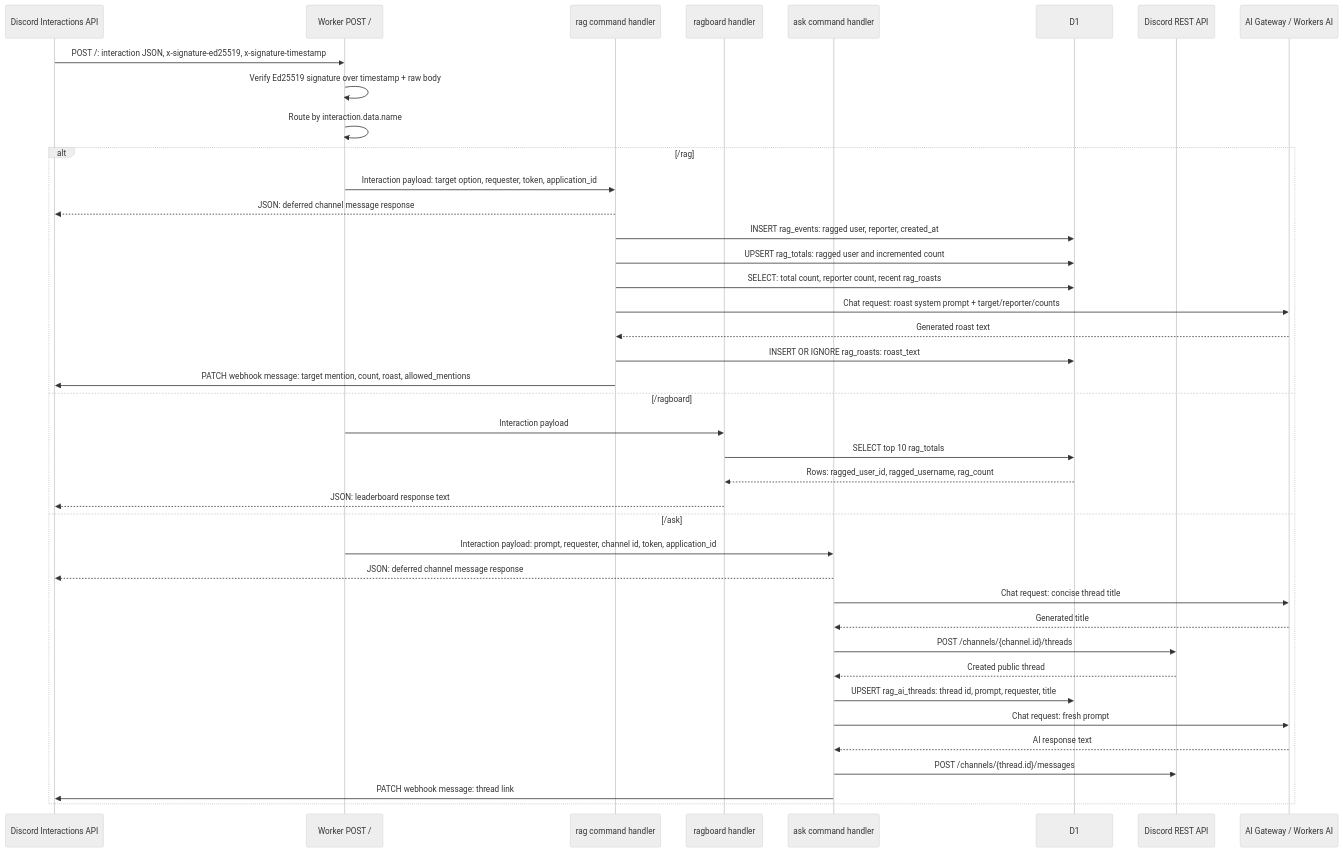
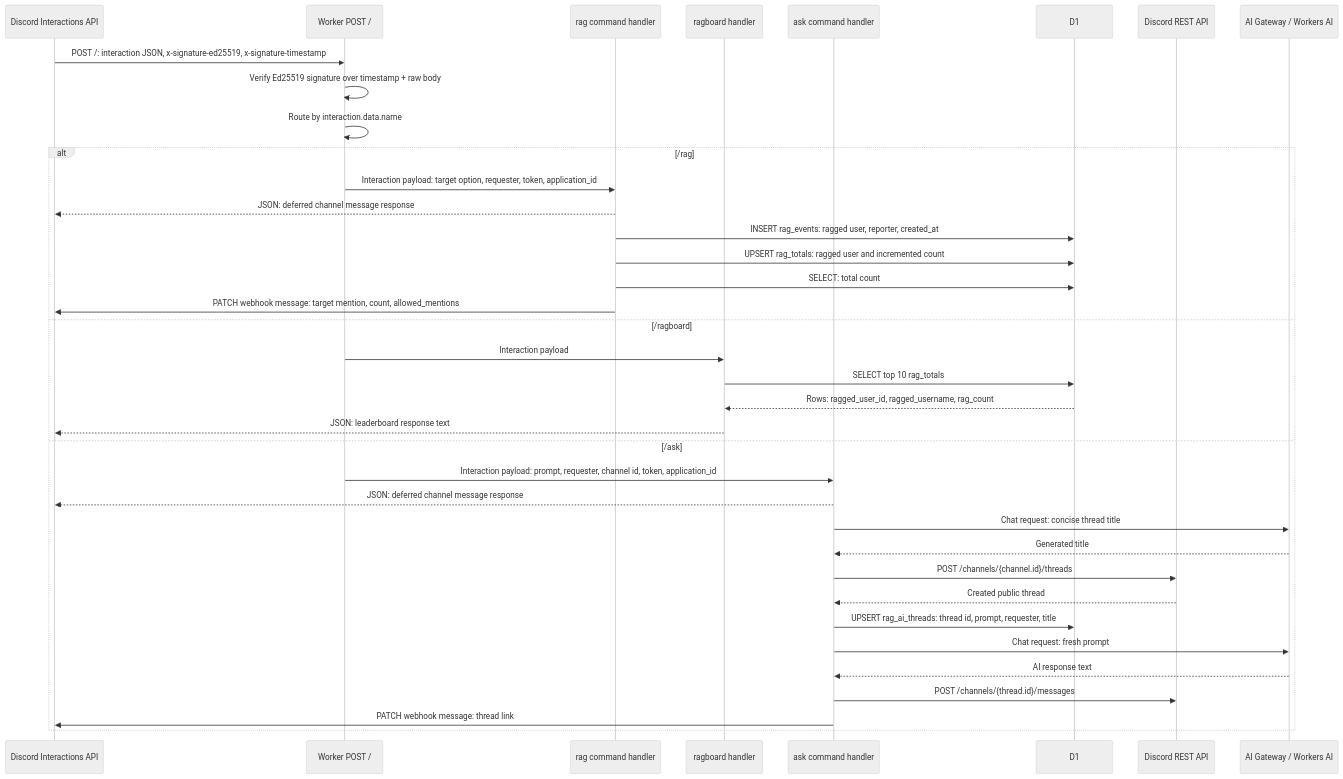
One commit to jackm43/rag changed the second of 3 diagrams in DESIGN.md. Above: the diagram before and after it, drawn with Mermaid (neutral theme). The commit also changed other lines of this file and 10 other files, not shown here.

````diff
--- a/DESIGN.md
+++ b/DESIGN.md
@@ -64,44 +64,41 @@
 ```mermaid
 sequenceDiagram
   participant Discord as Discord Interactions API
   participant Worker as Worker POST /
   participant Rag as rag command handler
   participant Board as ragboard handler
   participant Ask as ask command handler
   participant DB as D1
   participant REST as Discord REST API
   participant AI as AI Gateway / Workers AI
 
   Discord->>Worker: POST /: interaction JSON, x-signature-ed25519, x-signature-timestamp
   Worker->>Worker: Verify Ed25519 signature over timestamp + raw body
   Worker->>Worker: Route by interaction.data.name
 
   alt /rag
     Worker->>Rag: Interaction payload: target option, requester, token, application_id
     Rag-->>Discord: JSON: deferred channel message response
     Rag->>DB: INSERT rag_events: ragged user, reporter, created_at
     Rag->>DB: UPSERT rag_totals: ragged user and incremented count
-    Rag->>DB: SELECT: total count, reporter count, recent rag_roasts
-    Rag->>AI: Chat request: roast system prompt + target/reporter/counts
-    AI-->>Rag: Generated roast text
-    Rag->>DB: INSERT OR IGNORE rag_roasts: roast_text
-    Rag->>Discord: PATCH webhook message: target mention, count, roast, allowed_mentions
+    Rag->>DB: SELECT: total count
+    Rag->>Discord: PATCH webhook message: target mention, count, allowed_mentions
   else /ragboard
     Worker->>Board: Interaction payload
     Board->>DB: SELECT top 10 rag_totals
     DB-->>Board: Rows: ragged_user_id, ragged_username, rag_count
     Board-->>Discord: JSON: leaderboard response text
   else /ask
     Worker->>Ask: Interaction payload: prompt, requester, channel id, token, application_id
     Ask-->>Discord: JSON: deferred channel message response
     Ask->>AI: Chat request: concise thread title
     AI-->>Ask: Generated title
     Ask->>REST: POST /channels/{channel.id}/threads
     REST-->>Ask: Created public thread
     Ask->>DB: UPSERT rag_ai_threads: thread id, prompt, requester, title
     Ask->>AI: Chat request: fresh prompt
     AI-->>Ask: AI response text
     Ask->>REST: POST /channels/{thread.id}/messages
     Ask->>Discord: PATCH webhook message: thread link
   end
 ```
````
